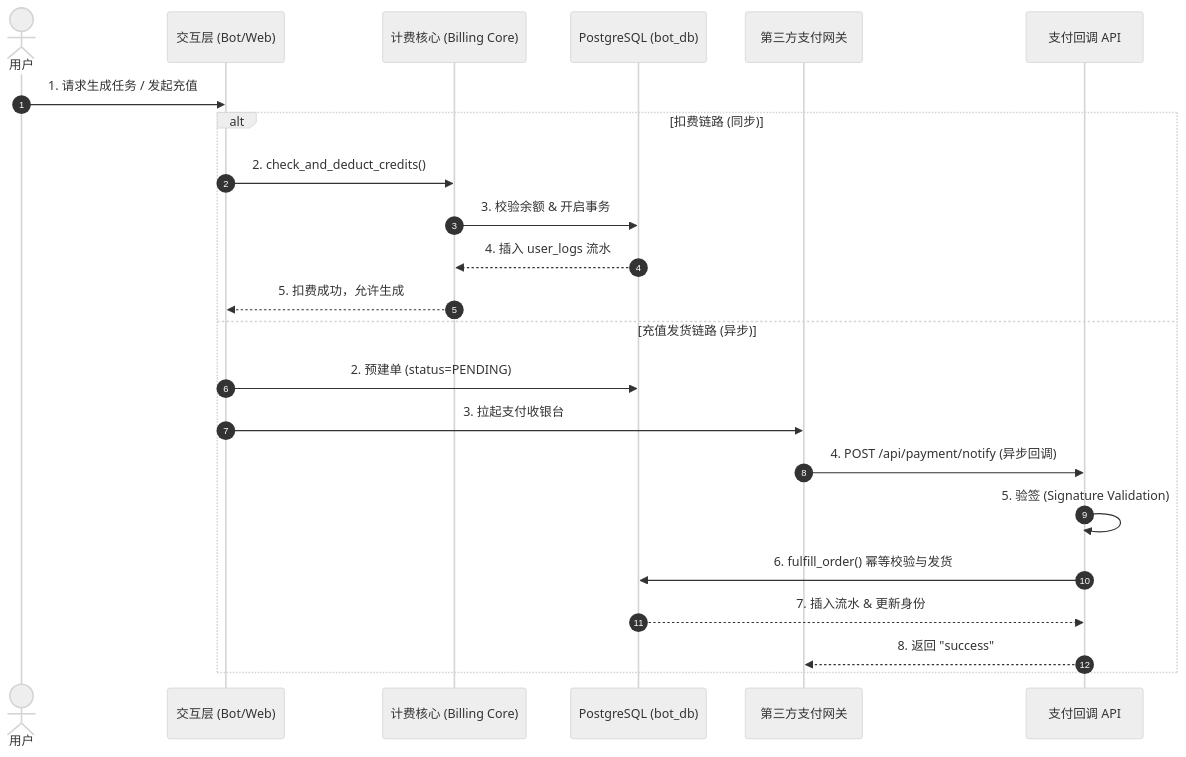
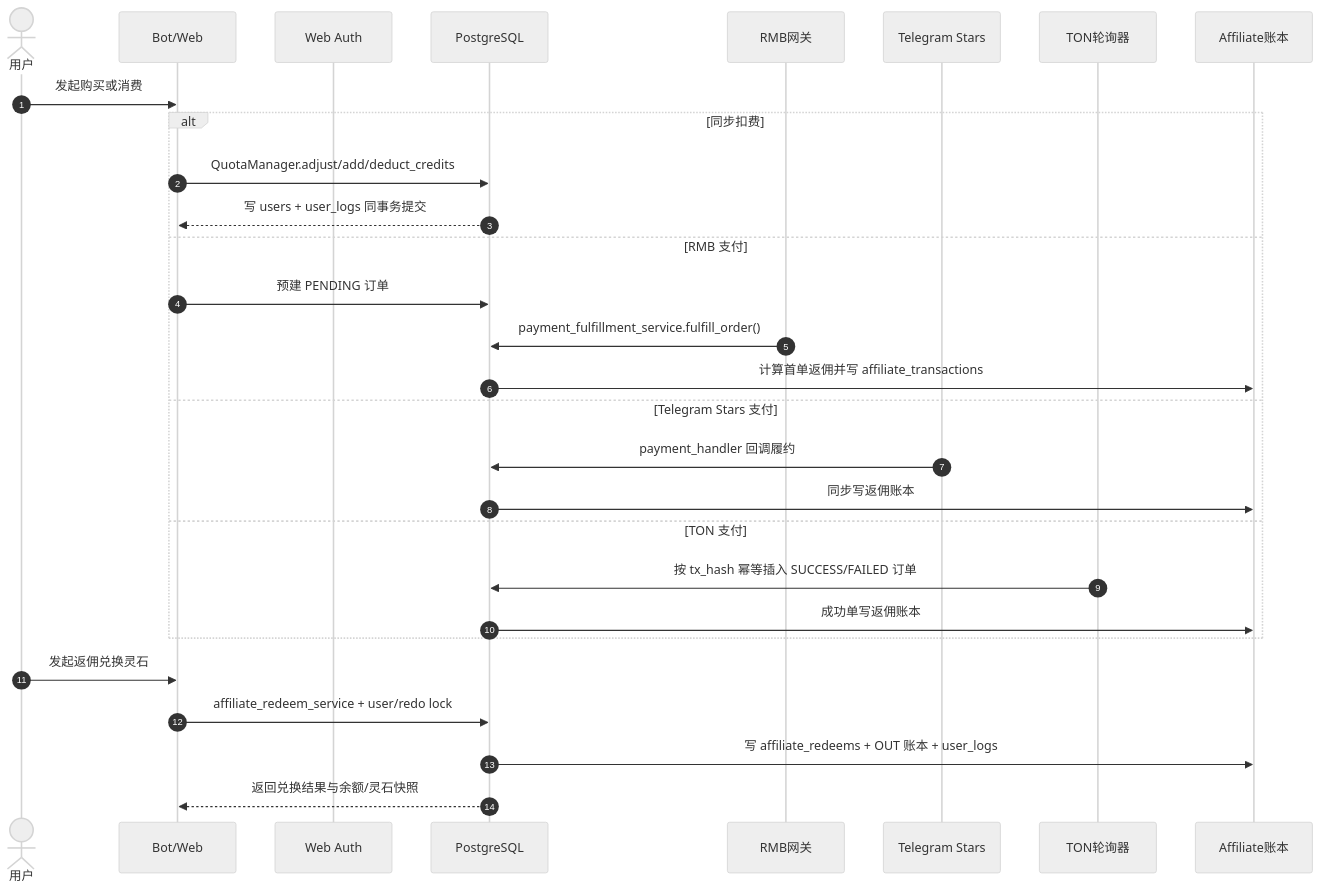
One commit to giraffu/All_bot changed the diagram in docs/子模块_计费与支付_billing_payment.md. Above: the diagram before and after it, drawn with Mermaid (neutral theme). The commit also changed other lines of this file and 23 other files, not shown here.

````diff
--- a/docs/子模块_计费与支付_billing_payment.md
+++ b/docs/子模块_计费与支付_billing_payment.md
@@ -8,26 +19,33 @@
 ```mermaid
 sequenceDiagram
     autonumber
     actor U as 用户
-    participant Bot as 交互层 (Bot/Web)
-    participant BC as 计费核心 (Billing Core)
-    participant PG as PostgreSQL (bot_db)
-    participant Ext as 第三方支付网关
-    participant PayAPI as 支付回调 API
+    participant Bot as Bot/Web
+    participant Auth as Web Auth
+    participant PG as PostgreSQL
+    participant RMB as RMB网关
+    participant TG as Telegram Stars
+    participant TON as TON轮询器
+    participant Aff as Affiliate账本
 
-    U->>Bot: 1. 请求生成任务 / 发起充值
-    alt 扣费链路 (同步)
-        Bot->>BC: 2. check_and_deduct_credits()
-        BC->>PG: 3. 校验余额 & 开启事务
-        PG-->>BC: 4. 插入 user_logs 流水
-        BC-->>Bot: 5. 扣费成功，允许生成
-    else 充值发货链路 (异步)
-        Bot->>PG: 2. 预建单 (status=PENDING)
-        Bot->>Ext: 3. 拉起支付收银台
-        Ext->>PayAPI: 4. POST /api/payment/notify (异步回调)
-        PayAPI->>PayAPI: 5. 验签 (Signature Validation)
-        PayAPI->>PG: 6. fulfill_order() 幂等校验与发货
-        PG-->>PayAPI: 7. 插入流水 & 更新身份
-        PayAPI-->>Ext: 8. 返回 "success"
+    U->>Bot: 发起购买或消费
+    alt 同步扣费
+        Bot->>PG: QuotaManager.adjust/add/deduct_credits
+        PG-->>Bot: 写 users + user_logs 同事务提交
+    else RMB 支付
+        Bot->>PG: 预建 PENDING 订单
+        RMB->>PG: payment_fulfillment_service.fulfill_order()
+        PG->>Aff: 计算首单返佣并写 affiliate_transactions
+    else Telegram Stars 支付
+        TG->>PG: payment_handler 回调履约
+        PG->>Aff: 同步写返佣账本
+    else TON 支付
+        TON->>PG: 按 tx_hash 幂等插入 SUCCESS/FAILED 订单
+        PG->>Aff: 成功单写返佣账本
     end
+
+    U->>Bot: 发起返佣兑换灵石
+    Bot->>PG: affiliate_redeem_service + user/redo lock
+    PG->>Aff: 写 affiliate_redeems + OUT 账本 + user_logs
+    PG-->>Bot: 返回兑换结果与余额/灵石快照
 ```
````
